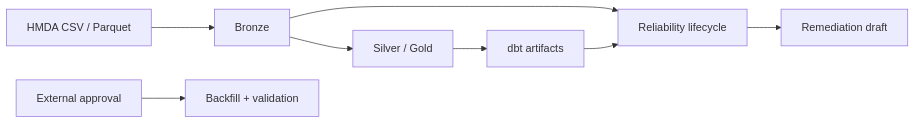
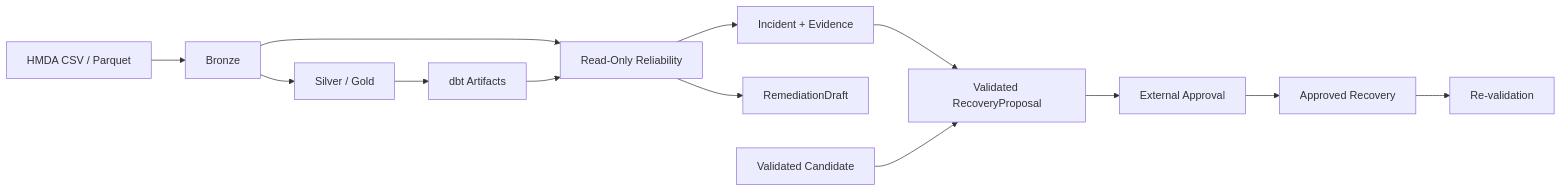
Before and after one commit to mols3131d/hmda-data-reliability: the diagram in docs/ARCHITECTURE.md, drawn with Mermaid. The commit also changed other lines of this file, not shown here.

Commit message:
docs: restore recovery approval architecture

````diff
--- a/docs/ARCHITECTURE.md
+++ b/docs/ARCHITECTURE.md
@@ -7,10 +7,17 @@
 ```mermaid
 flowchart LR
-    files[HMDA CSV / Parquet] --> raw[Bronze]
-    raw --> dbt[Silver / Gold]
-    dbt --> artifacts[dbt artifacts]
-    raw --> lifecycle[Reliability lifecycle]
+    files["HMDA CSV / Parquet"] --> raw["Bronze"]
+    raw --> dbt["Silver / Gold"]
+    dbt --> artifacts["dbt Artifacts"]
+
+    raw --> lifecycle["Read-Only Reliability"]
     artifacts --> lifecycle
-    lifecycle --> draft[Remediation draft]
-    approval[External approval] --> recovery[Backfill + validation]
+    lifecycle --> incident["Incident + Evidence"]
+    lifecycle --> draft["RemediationDraft"]
+
+    incident --> proposal["Validated RecoveryProposal"]
+    candidate["Validated Candidate"] --> proposal
+    proposal --> approval["External Approval"]
+    approval --> recovery["Approved Recovery"]
+    recovery --> verify["Re-validation"]
 ```
````
